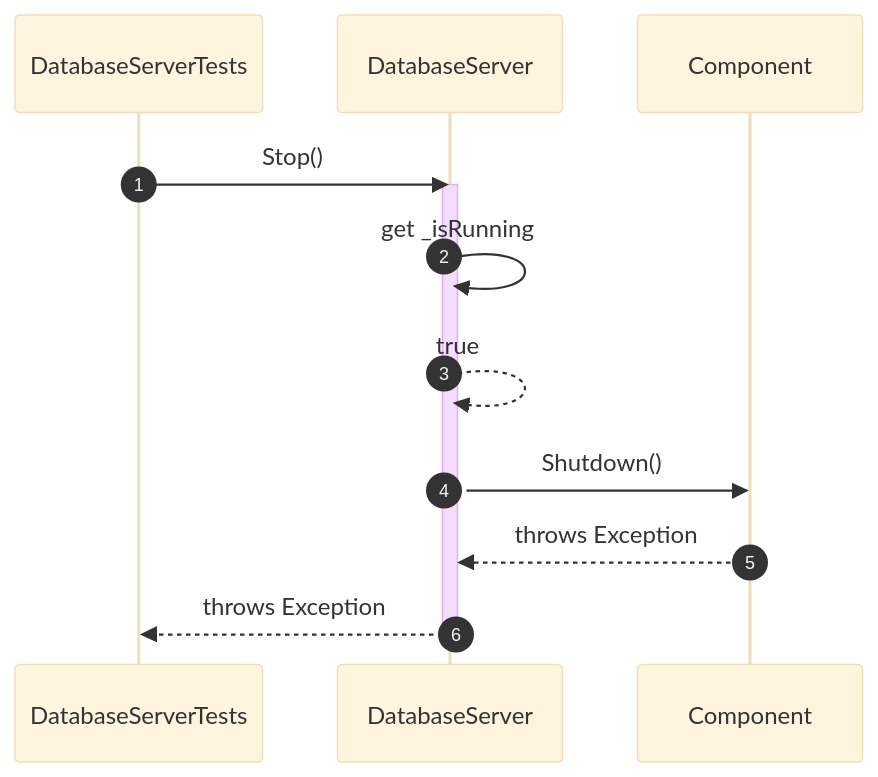
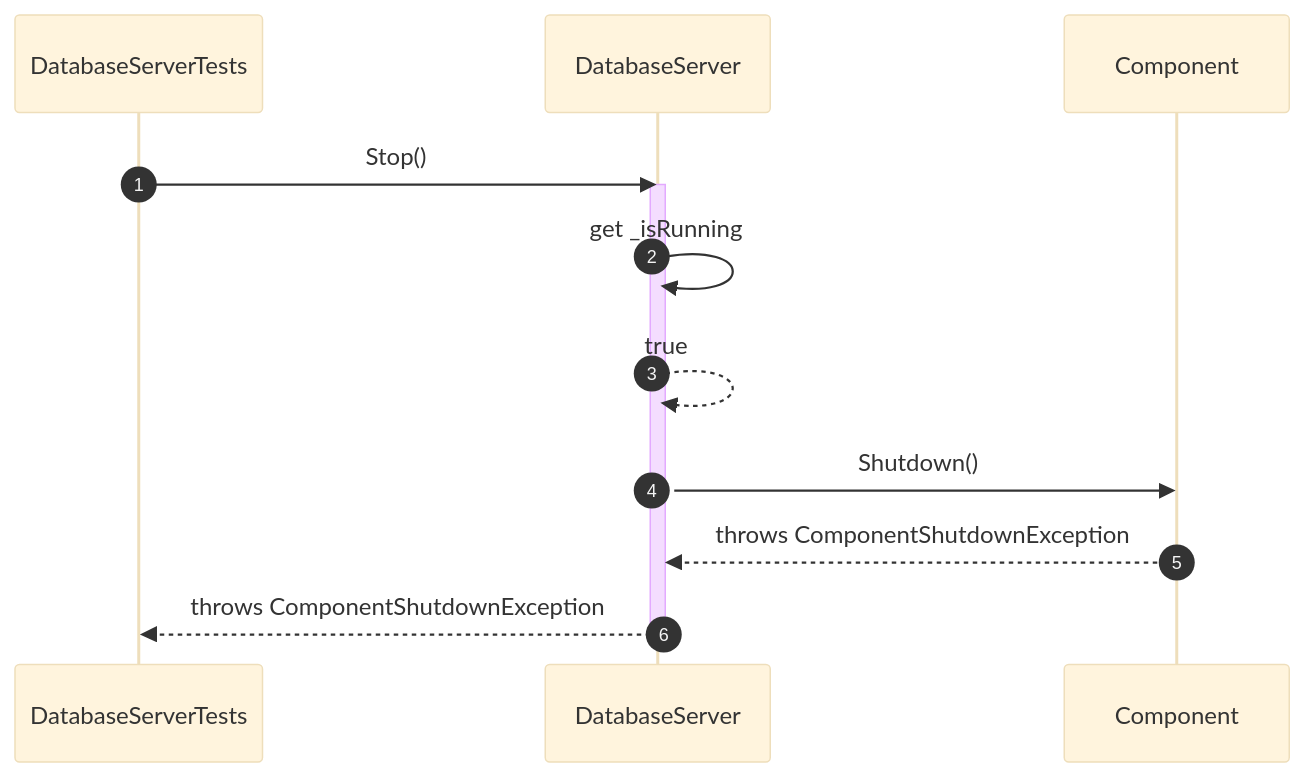
One commit to manaxpow/DBMS changed the sixth of 29 diagrams in docs/sequence-diagrams/database-management/README.md. Above: the diagram before and after it, drawn with Mermaid (base theme). The commit also changed other lines of this file and 23 other files, not shown here.

````diff
--- a/docs/sequence-diagrams/database-management/README.md
+++ b/docs/sequence-diagrams/database-management/README.md
@@ -135,17 +135,17 @@
 ```mermaid
 sequenceDiagram
     autonumber
 
     participant Test as DatabaseServerTests
     participant Server as DatabaseServer
     participant Component as Component
 
     Test->>Server: Stop()
     activate Server
     Server->>Server: get _isRunning
     Server-->>Server: true
     Server->>Component: Shutdown()
-    Component-->>Server: throws Exception
-    Server-->>Test: throws Exception
+    Component-->>Server: throws ComponentShutdownException
+    Server-->>Test: throws ComponentShutdownException
     deactivate Server
 ```
````
